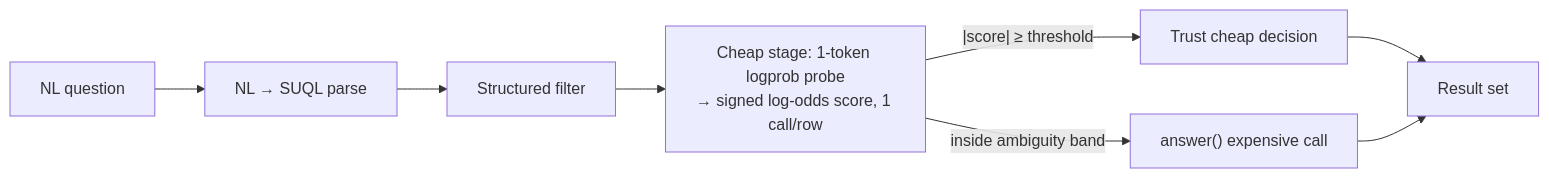
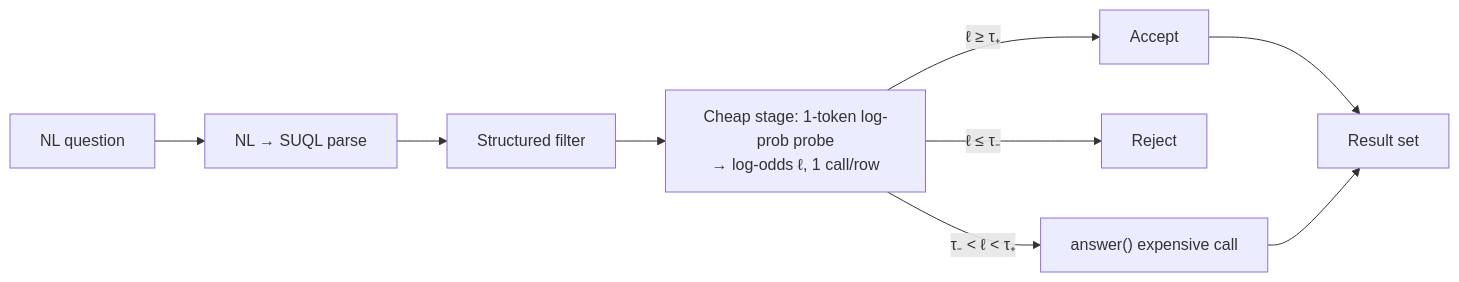
One commit to AnnaRemi/SemanticCascadedLLMJoins changed the third of 6 diagrams in README.md. Above: the diagram before and after it, drawn with Mermaid. The commit also changed other lines of this file and 640 other files, not shown here.

````diff
--- a/README.md
+++ b/README.md
@@ -251,10 +263,11 @@
 ```mermaid
 flowchart LR
     Q[NL question] --> P[NL → SUQL parse]
     P --> S[Structured filter]
-    S --> C["Cheap stage: 1-token logprob probe<br/>→ signed log-odds score, 1 call/row"]
-    C -->|"|score| ≥ threshold"| D[Trust cheap decision]
-    C -->|inside ambiguity band| E["answer() expensive call"]
-    D --> R[Result set]
+    S --> C["Cheap stage: 1-token log-prob probe<br/>→ log-odds ℓ, 1 call/row"]
+    C -->|"ℓ ≥ τ₊"| A[Accept]
+    C -->|"ℓ ≤ τ₋"| X[Reject]
+    C -->|"τ₋ < ℓ < τ₊"| E["answer() expensive call"]
+    A --> R[Result set]
     E --> R
 ```
````
